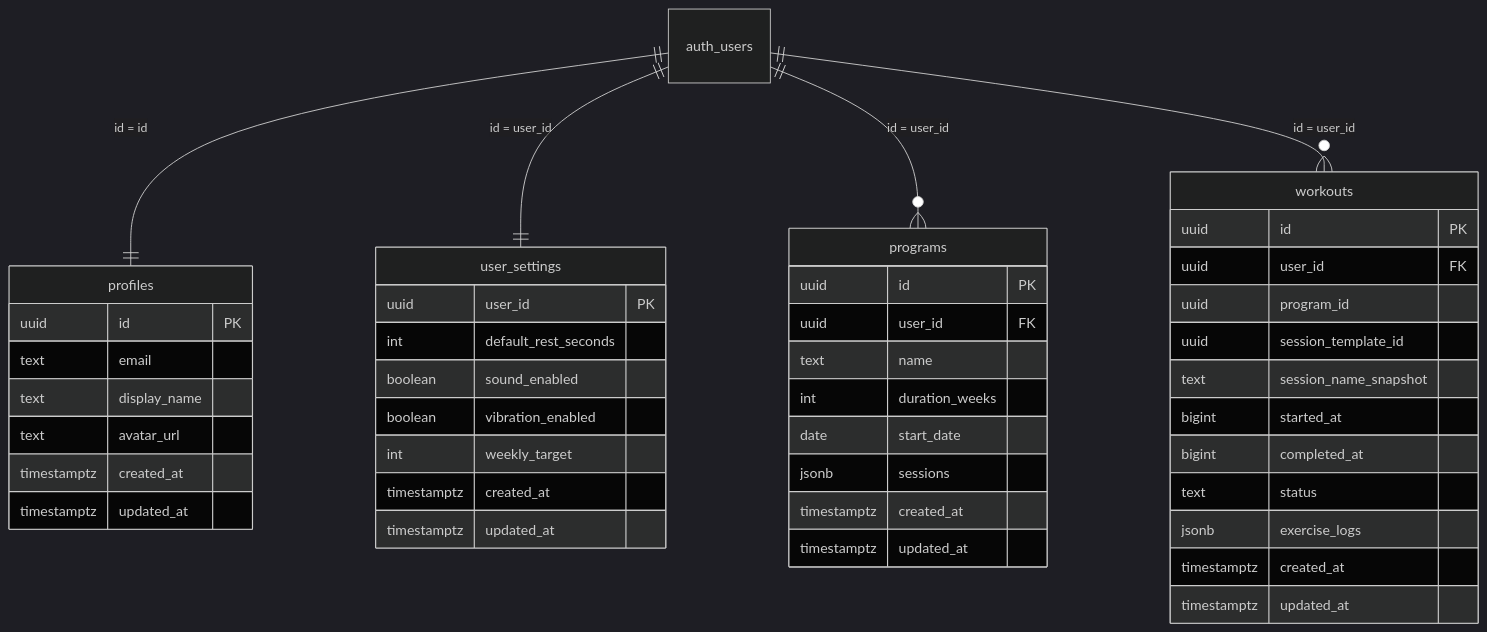
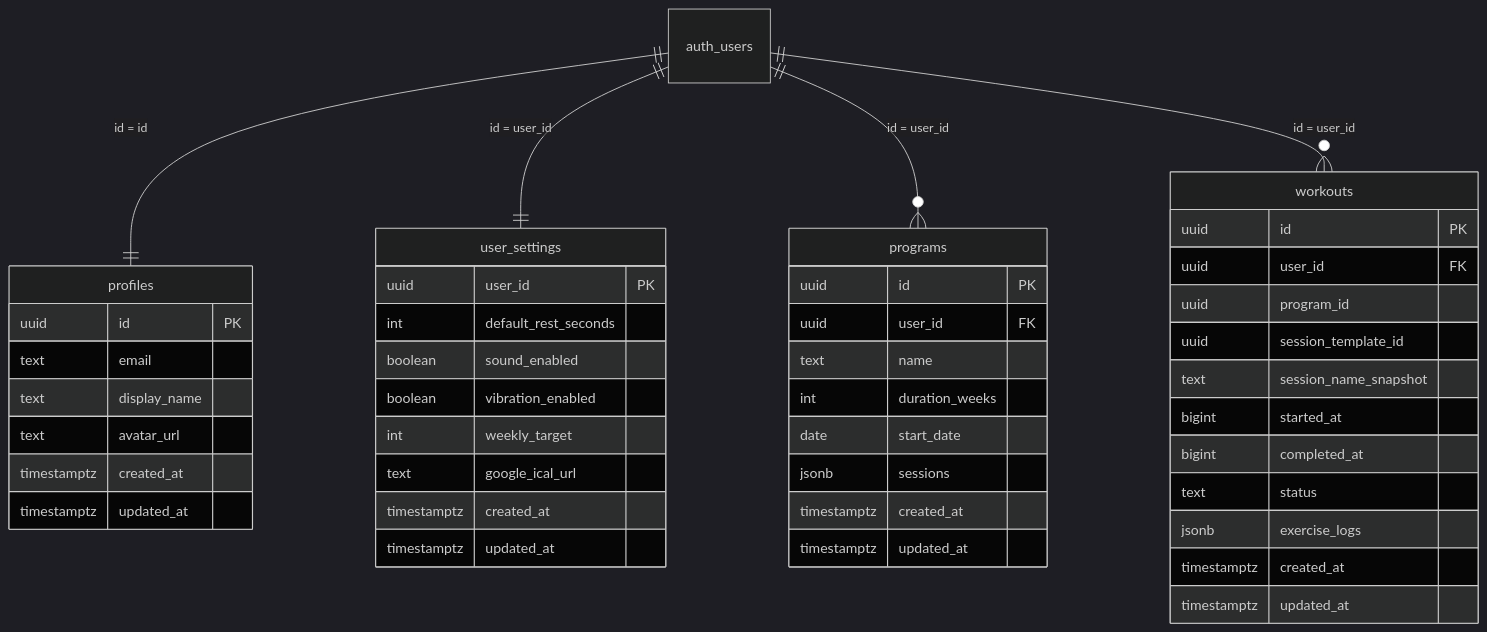
Before and after one commit to alessandro-bottone-design/workout_webapp: the diagram in docs/DATABASE_AND_SYNC.md, drawn with Mermaid (dark theme). The commit also changed other lines of this file and 133 other files, not shown here.

Commit message:
feat: permanent google calendar sync, feature-based architecture, debug fixes and docs

````diff
--- a/docs/DATABASE_AND_SYNC.md
+++ b/docs/DATABASE_AND_SYNC.md
@@ -23,51 +31,52 @@
 ```mermaid
 erDiagram
     auth_users ||--|| profiles : "id = id"
     auth_users ||--|| user_settings : "id = user_id"
     auth_users ||--o{ programs : "id = user_id"
     auth_users ||--o{ workouts : "id = user_id"
 
     profiles {
         uuid id PK
         text email
         text display_name
         text avatar_url
         timestamptz created_at
         timestamptz updated_at
     }
 
     user_settings {
         uuid user_id PK
         int default_rest_seconds
         boolean sound_enabled
         boolean vibration_enabled
         int weekly_target
+        text google_ical_url
         timestamptz created_at
         timestamptz updated_at
     }
 
     programs {
         uuid id PK
         uuid user_id FK
         text name
         int duration_weeks
         date start_date
         jsonb sessions
         timestamptz created_at
         timestamptz updated_at
     }
 
     workouts {
         uuid id PK
         uuid user_id FK
         uuid program_id
         uuid session_template_id
         text session_name_snapshot
         bigint started_at
         bigint completed_at
         text status
         jsonb exercise_logs
         timestamptz created_at
         timestamptz updated_at
     }
 ```
````
